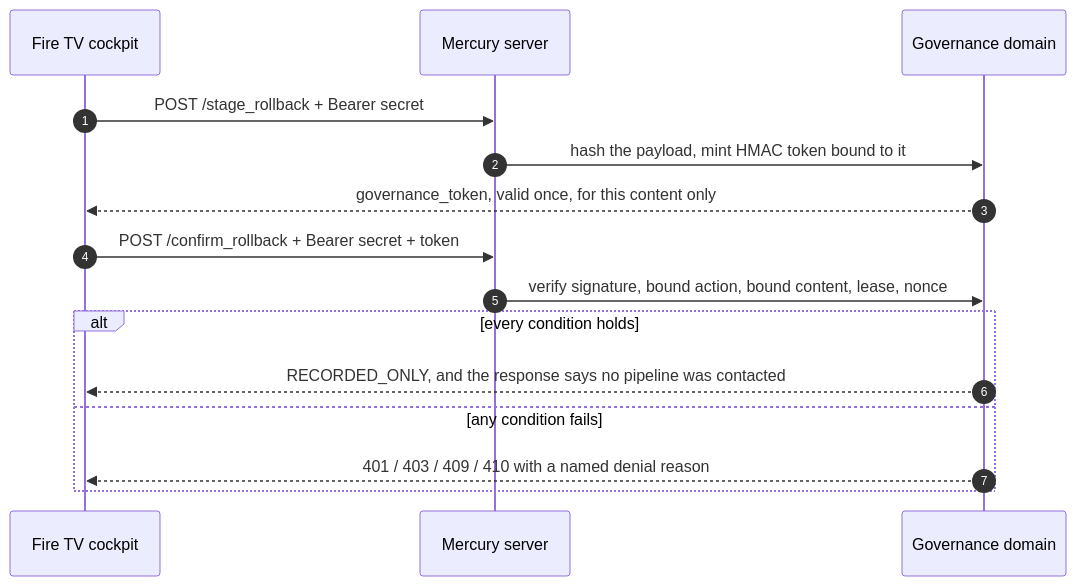
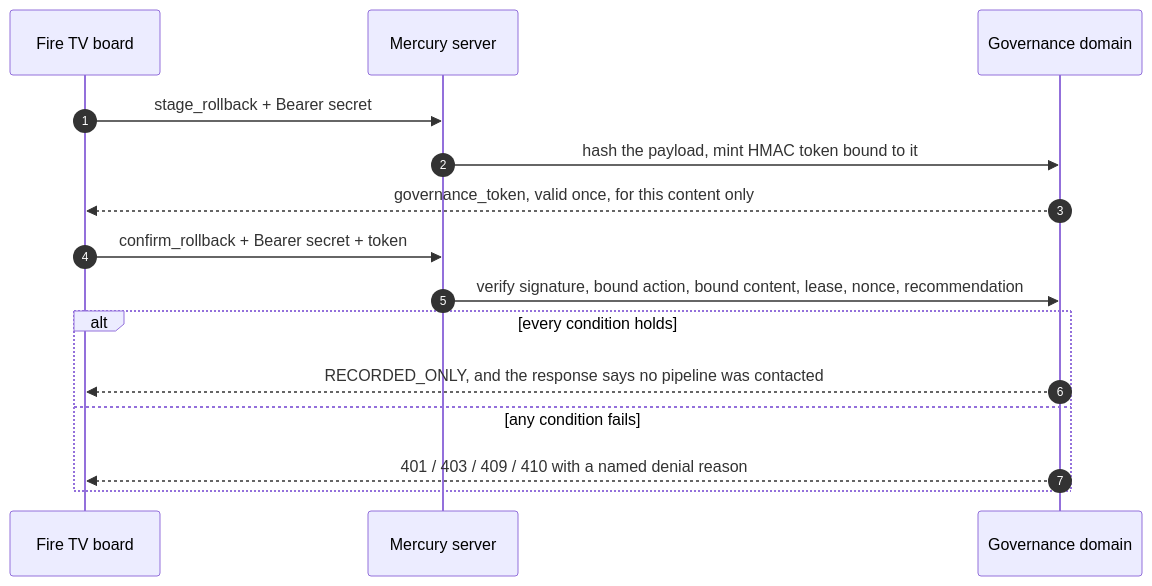
The second of 2 diagrams in README.md (upgradedev/mercury_amazon), drawn with Mermaid before and after one commit. The commit also changed other lines of this file and 87 other files, not shown here.

````diff
--- a/README.md
+++ b/README.md
@@ -479,19 +105,18 @@
 ```mermaid
 sequenceDiagram
     autonumber
-    participant TV as Fire TV cockpit
+    participant TV as Fire TV board
     participant API as Mercury server
     participant Dom as Governance domain
 
-    TV->>API: POST /stage_rollback + Bearer secret
+    TV->>API: stage_rollback + Bearer secret
     API->>Dom: hash the payload, mint HMAC token bound to it
     Dom-->>TV: governance_token, valid once, for this content only
-
-    TV->>API: POST /confirm_rollback + Bearer secret + token
-    API->>Dom: verify signature, bound action, bound content, lease, nonce
+    TV->>API: confirm_rollback + Bearer secret + token
+    API->>Dom: verify signature, bound action, bound content, lease, nonce, recommendation
     alt every condition holds
         Dom-->>TV: RECORDED_ONLY, and the response says no pipeline was contacted
     else any condition fails
         Dom-->>TV: 401 / 403 / 409 / 410 with a named denial reason
     end
 ```
````
